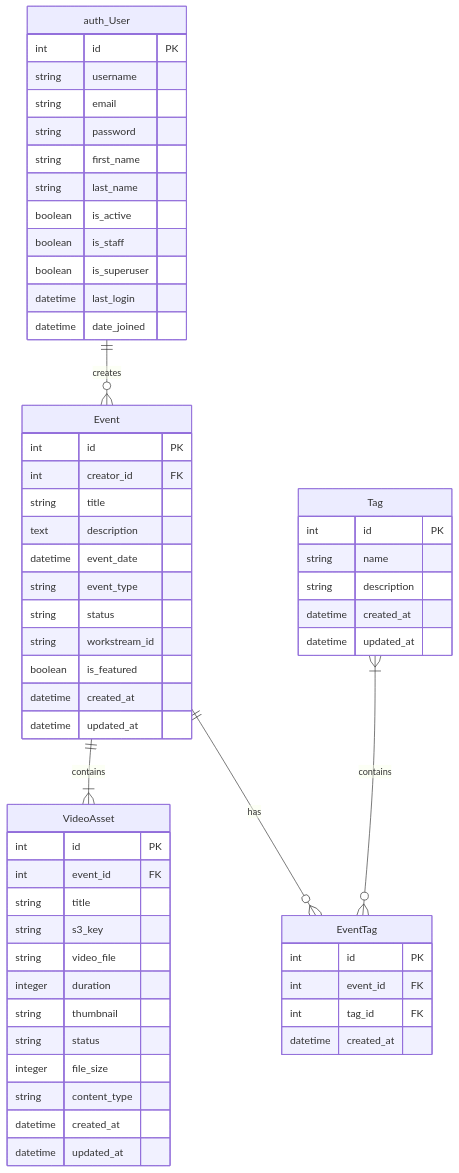
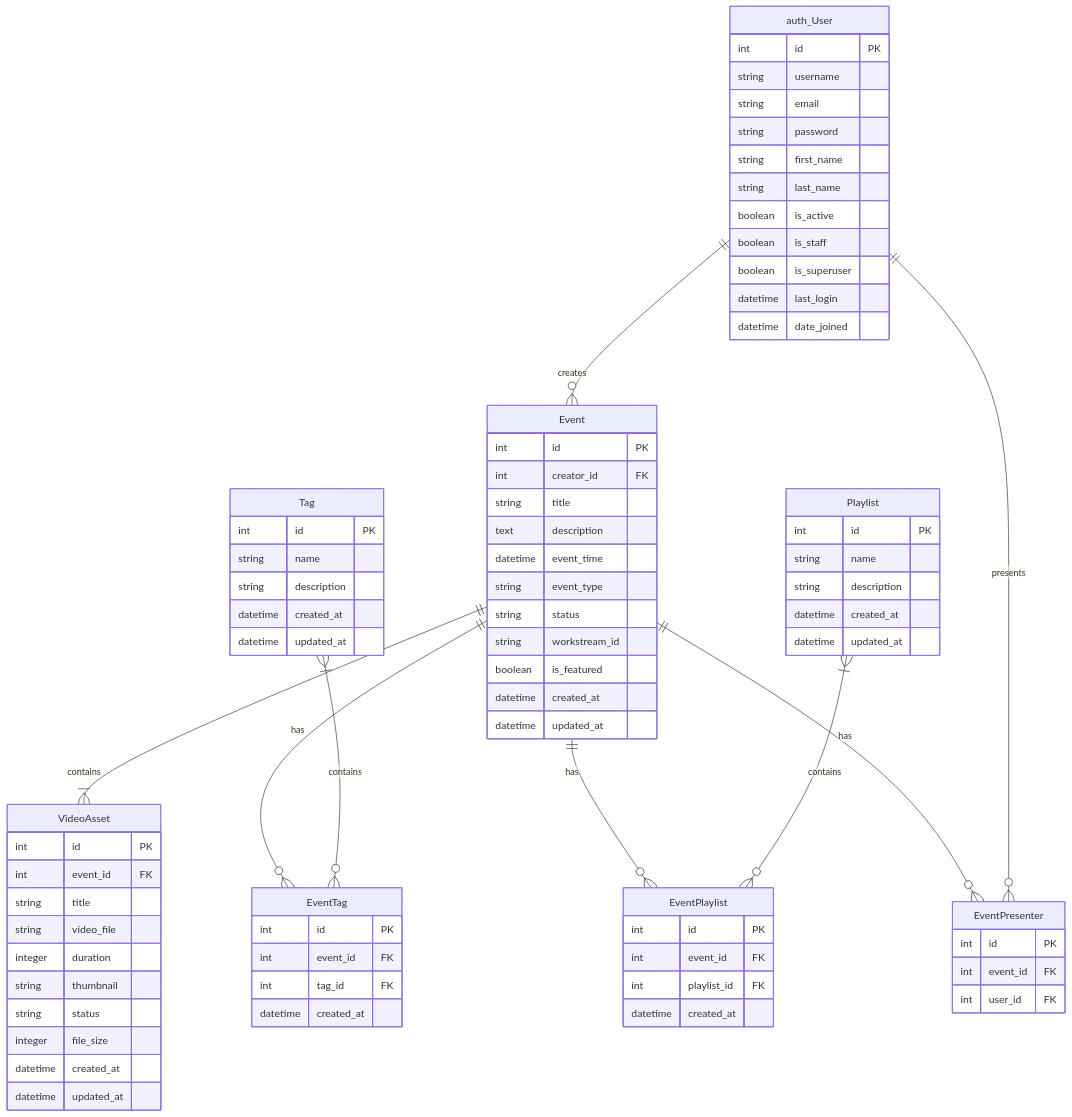
Before and after one commit to arbisoft/session-portal-backend: the diagram in DATABASE_DESIGN.md, drawn with Mermaid.

Commit message:
Update Database design to include Playlist and EventPresenter models (#38)

```diff
--- a/DATABASE_DESIGN.md
+++ b/DATABASE_DESIGN.md
@@ -5,7 +5,11 @@
     Event ||--|{ VideoAsset : contains
     Event ||--o{ EventTag : has
     Tag }|--o{ EventTag : contains
-    
+    Event ||--o{ EventPlaylist : has
+    Playlist }|--o{ EventPlaylist : contains
+    Event ||--o{ EventPresenter : has
+    auth_User ||--o{ EventPresenter : presents
+
     %% Todo: Add Workstream Integration tables
     %% Event ||--o| WorkstreamEvent : links_to
     %% WorkstreamEvent ||--|{ WorkstreamComment : has
@@ -30,7 +34,7 @@
         int creator_id FK
         string title
         text description
-        datetime event_date
+        datetime event_time
         string event_type
         string status
         string workstream_id
@@ -43,13 +47,11 @@
         int id PK
         int event_id FK
         string title
-        string s3_key
         string video_file
         integer duration
         string thumbnail
         string status
         integer file_size
-        string content_type
         datetime created_at
         datetime updated_at
     }
@@ -67,6 +69,27 @@
         int event_id FK
         int tag_id FK
         datetime created_at
+    }
+
+    Playlist {
+        int id PK
+        string name
+        string description
+        datetime created_at
+        datetime updated_at
+    }
+
+    EventPlaylist {
+        int id PK
+        int event_id FK
+        int playlist_id FK
+        datetime created_at
+    }
+
+    EventPresenter {
+        int id PK
+        int event_id FK
+        int user_id FK
     }
 
     %% WorkstreamEvent {
```
